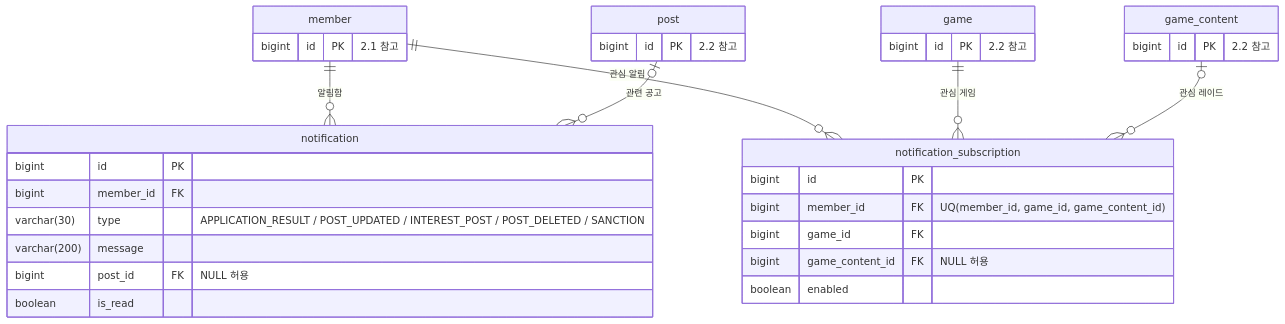
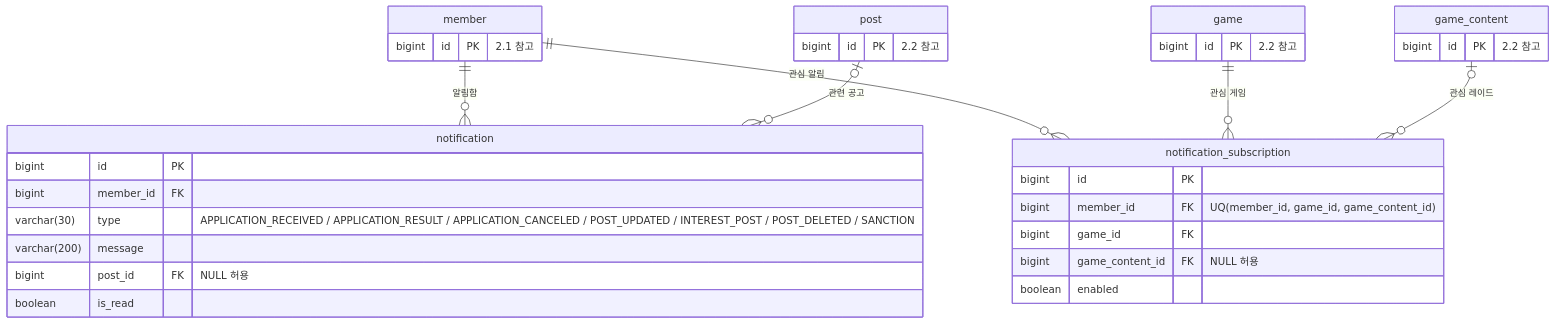
The fifth of 6 diagrams in docs/04-erd.md (likelion-backendschool-11st/basic-project-2team), drawn with Mermaid before and after one commit. The commit also changed 7 other files, not shown here.

````diff
--- a/docs/04-erd.md
+++ b/docs/04-erd.md
@@ -356,41 +356,41 @@
 ```mermaid
 erDiagram
     member ||--o{ notification : "알림함"
     post |o--o{ notification : "관련 공고"
     member ||--o{ notification_subscription : "관심 알림"
     game ||--o{ notification_subscription : "관심 게임"
     game_content |o--o{ notification_subscription : "관심 레이드"
 
     notification {
         bigint id PK
         bigint member_id FK
-        varchar(30) type "APPLICATION_RESULT / POST_UPDATED / INTEREST_POST / POST_DELETED / SANCTION"
+        varchar(30) type "APPLICATION_RECEIVED / APPLICATION_RESULT / APPLICATION_CANCELED / POST_UPDATED / INTEREST_POST / POST_DELETED / SANCTION"
         varchar(200) message
         bigint post_id FK "NULL 허용"
         boolean is_read
     }
 
     notification_subscription {
         bigint id PK
         bigint member_id FK "UQ(member_id, game_id, game_content_id)"
         bigint game_id FK
         bigint game_content_id FK "NULL 허용"
         boolean enabled
     }
 
     member {
         bigint id PK "2.1 참고"
     }
 
     post {
         bigint id PK "2.2 참고"
     }
 
     game {
         bigint id PK "2.2 참고"
     }
 
     game_content {
         bigint id PK "2.2 참고"
     }
 ```
````
